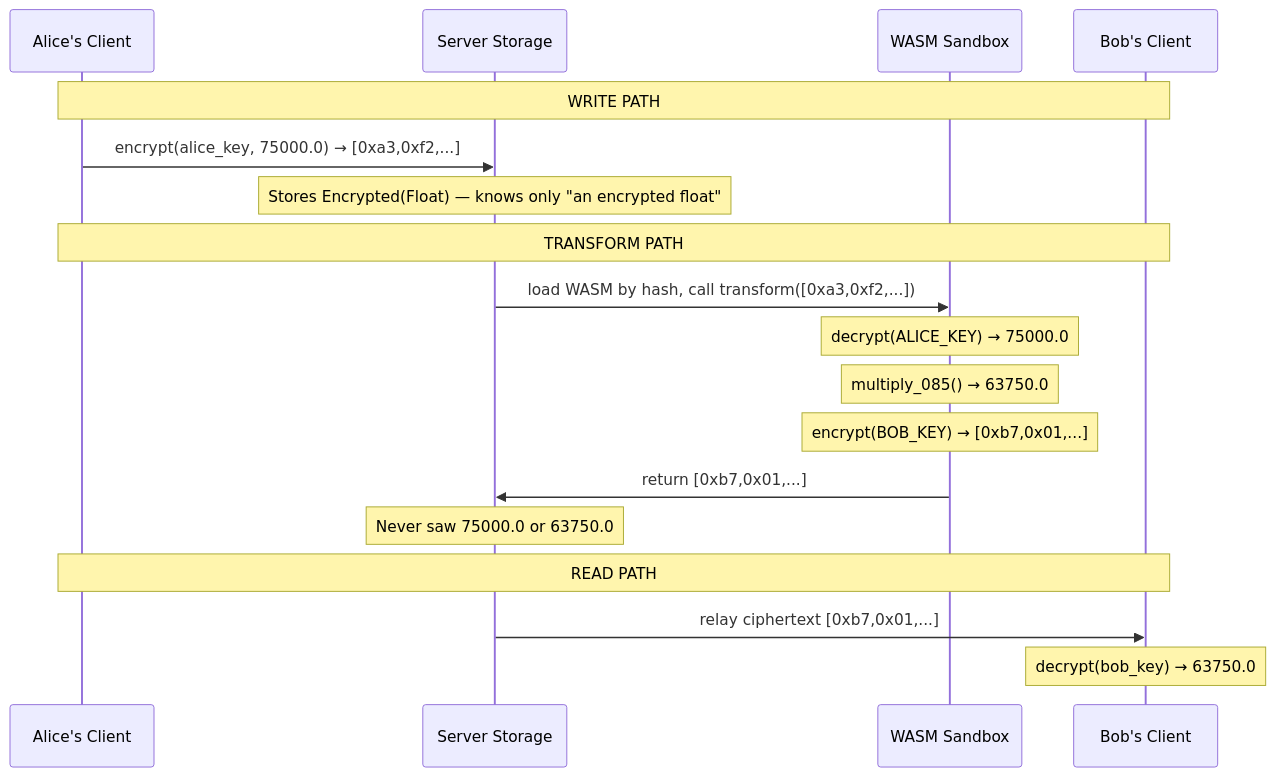
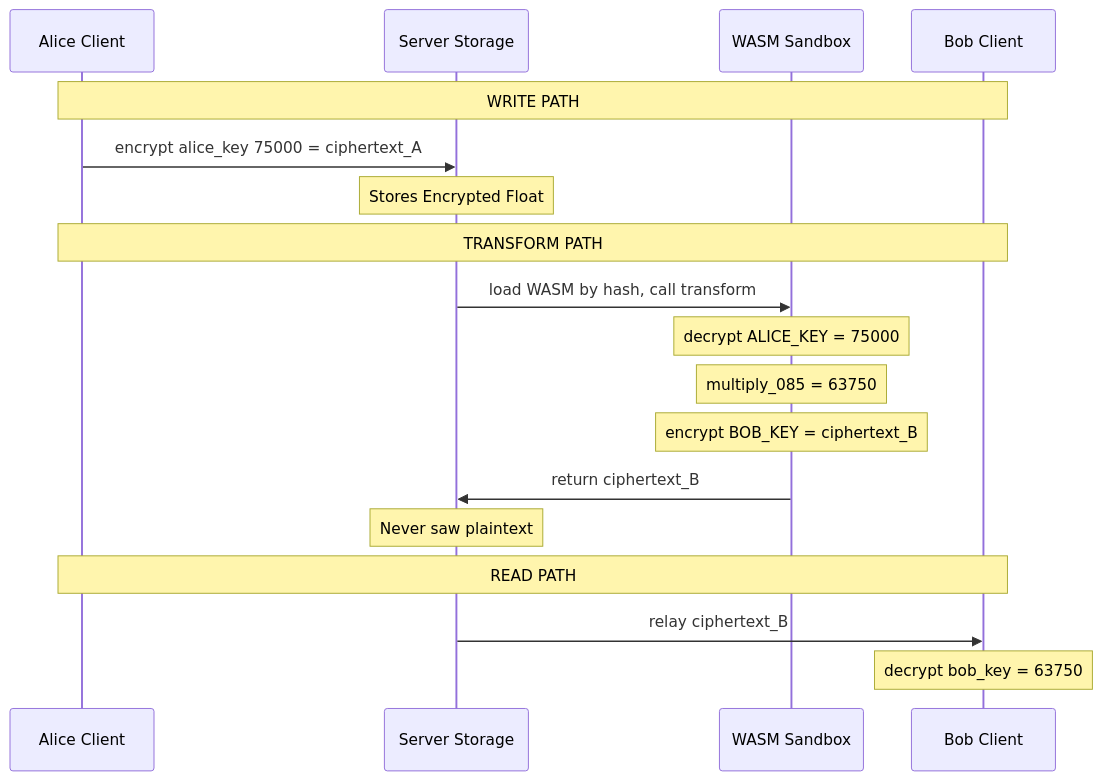
Before and after one commit to EdgeVector/edgevector-website: the fifth of 5 diagrams in public/docs/corporate/patent_compute_without_exposure.md, drawn with Mermaid. The commit also changed other lines of this file and 5 other files, not shown here.

First line of the commit message:
fix: render mermaid diagrams in patent PDFs and clean mermaid syntax

````diff
--- a/public/docs/corporate/patent_compute_without_exposure.md
+++ b/public/docs/corporate/patent_compute_without_exposure.md
@@ -238,23 +238,23 @@
 ```mermaid
 sequenceDiagram
-    participant Alice as Alice's Client
+    participant Alice as Alice Client
     participant Server as Server Storage
-    participant WASM as WASM Sandbox
-    participant Bob as Bob's Client
+    participant Sandbox as WASM Sandbox
+    participant Bob as Bob Client
 
     Note over Alice,Bob: WRITE PATH
-    Alice->>Server: encrypt(alice_key, 75000.0) → [0xa3,0xf2,...]
-    Note over Server: Stores Encrypted(Float) — knows only "an encrypted float"
+    Alice->>Server: encrypt alice_key 75000 = ciphertext_A
+    Note over Server: Stores Encrypted Float
 
     Note over Alice,Bob: TRANSFORM PATH
-    Server->>WASM: load WASM by hash, call transform([0xa3,0xf2,...])
-    Note over WASM: decrypt(ALICE_KEY) → 75000.0
-    Note over WASM: multiply_085() → 63750.0
-    Note over WASM: encrypt(BOB_KEY) → [0xb7,0x01,...]
-    WASM->>Server: return [0xb7,0x01,...]
-    Note over Server: Never saw 75000.0 or 63750.0
+    Server->>Sandbox: load WASM by hash, call transform
+    Note over Sandbox: decrypt ALICE_KEY = 75000
+    Note over Sandbox: multiply_085 = 63750
+    Note over Sandbox: encrypt BOB_KEY = ciphertext_B
+    Sandbox->>Server: return ciphertext_B
+    Note over Server: Never saw plaintext
 
     Note over Alice,Bob: READ PATH
-    Server->>Bob: relay ciphertext [0xb7,0x01,...]
-    Note over Bob: decrypt(bob_key) → 63750.0
+    Server->>Bob: relay ciphertext_B
+    Note over Bob: decrypt bob_key = 63750
 ```
````
